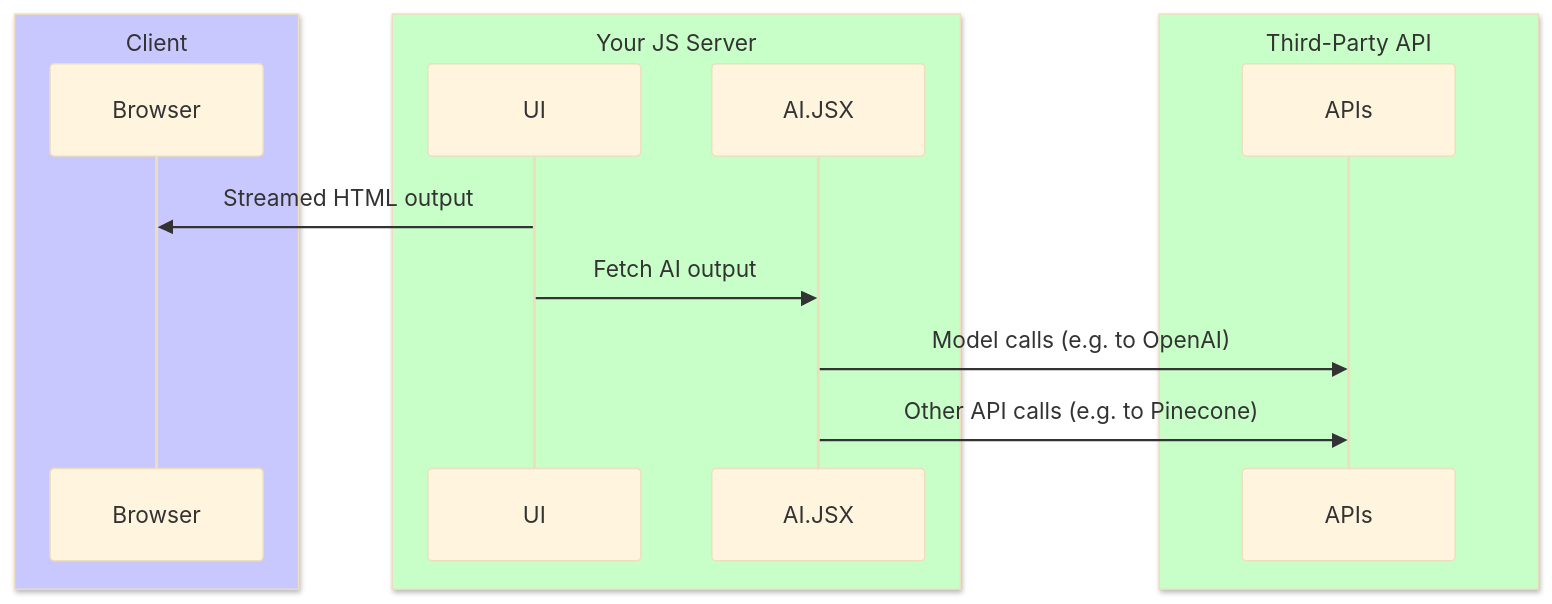
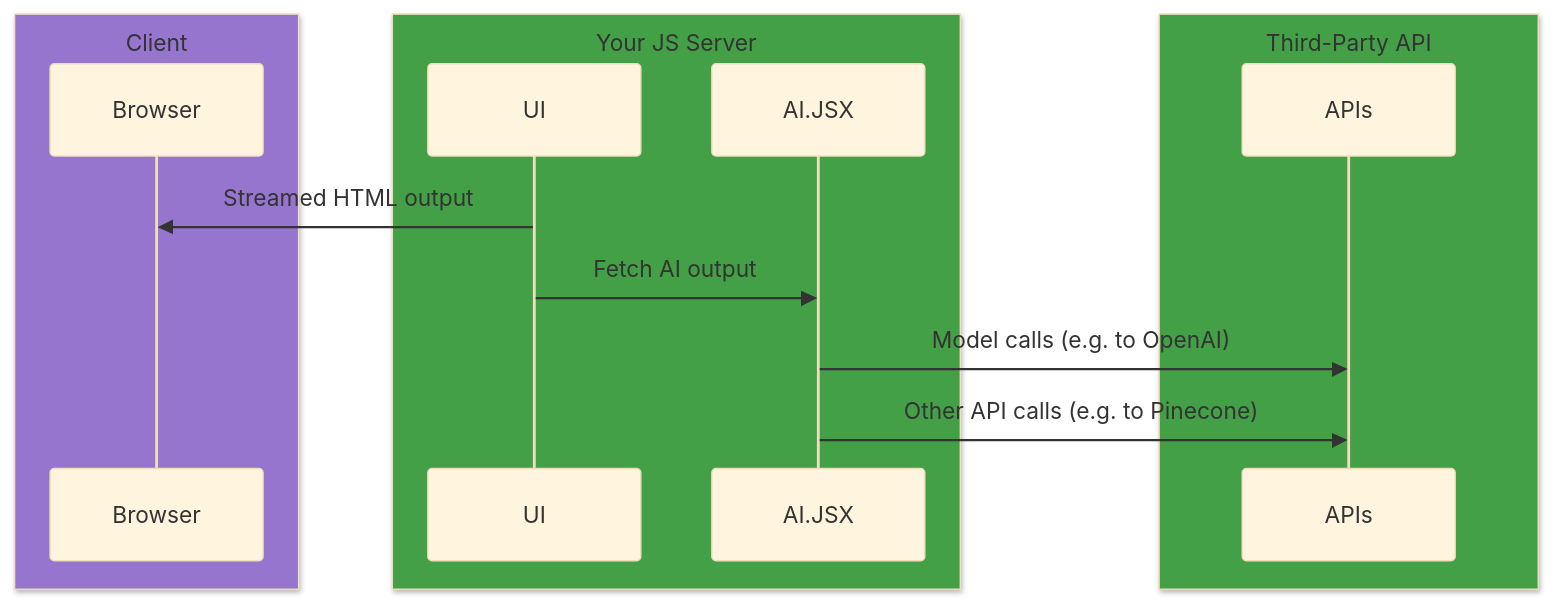
One commit to fixie-ai/ai-jsx changed the fourth of 5 diagrams in packages/docs/docs/guides/architecture.md. Above: the diagram before and after it, drawn with Mermaid (base theme). The commit also changed other lines of this file, not shown here.

Commit message:
docs: improve arch diagrams in dark mode

````diff
--- a/packages/docs/docs/guides/architecture.md
+++ b/packages/docs/docs/guides/architecture.md
@@ -159,17 +159,17 @@
 ```mermaid
 sequenceDiagram
-    box rgb(200, 200, 255) Client
+    box rgb(149, 117, 205) Client
     participant Browser
     end
-    box rgb(200, 255, 200) Your JS Server
+    box rgb(67, 160, 71) Your JS Server
     participant UI
     participant AI.JSX
     end
     UI->>Browser: Streamed HTML output
     UI->>AI.JSX: Fetch AI output
     AI.JSX->>APIs: Model calls (e.g. to OpenAI)
     AI.JSX->>APIs: Other API calls (e.g. to Pinecone)
-    box rgb(200, 255, 200) Third-Party API
+    box rgb(67, 160, 71) Third-Party API
     participant APIs
     end
 ```
````
